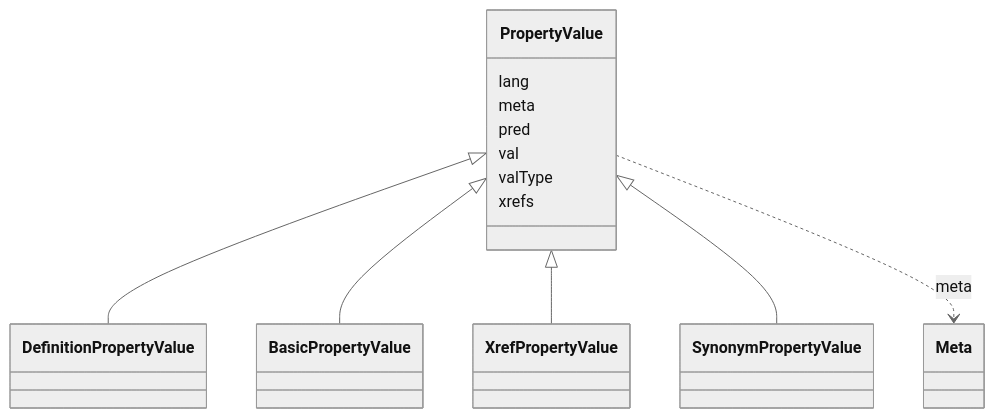
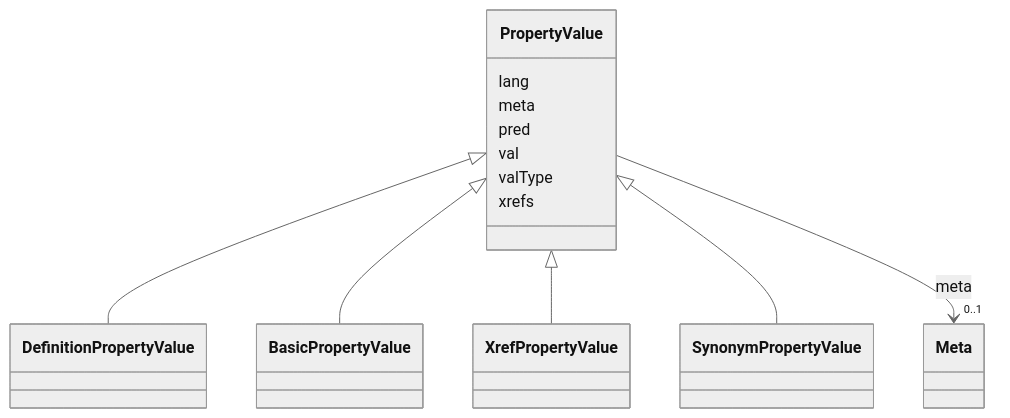
The diagram in docs/datamodels/obograph/PropertyValue.md (INCATools/ontology-access-kit), drawn with Mermaid (neutral theme) before and after one commit. The commit also changed other lines of this file and 23 other files, not shown here.

````diff
--- a/docs/datamodels/obograph/PropertyValue.md
+++ b/docs/datamodels/obograph/PropertyValue.md
@@ -13,24 +21,34 @@
-```{mermaid}
+```mermaid
  classDiagram
     class PropertyValue
+    click PropertyValue href "../PropertyValue"
       PropertyValue <|-- DefinitionPropertyValue
+        click DefinitionPropertyValue href "../DefinitionPropertyValue"
       PropertyValue <|-- BasicPropertyValue
+        click BasicPropertyValue href "../BasicPropertyValue"
       PropertyValue <|-- XrefPropertyValue
+        click XrefPropertyValue href "../XrefPropertyValue"
       PropertyValue <|-- SynonymPropertyValue
+        click SynonymPropertyValue href "../SynonymPropertyValue"
       
       PropertyValue : lang
         
       PropertyValue : meta
         
-          PropertyValue ..> Meta : meta
+          
+    
+    
+    PropertyValue --> "0..1" Meta : meta
+    click Meta href "../Meta"
+
         
       PropertyValue : pred
         
       PropertyValue : val
         
       PropertyValue : valType
         
       PropertyValue : xrefs
         
       
 ```
````
